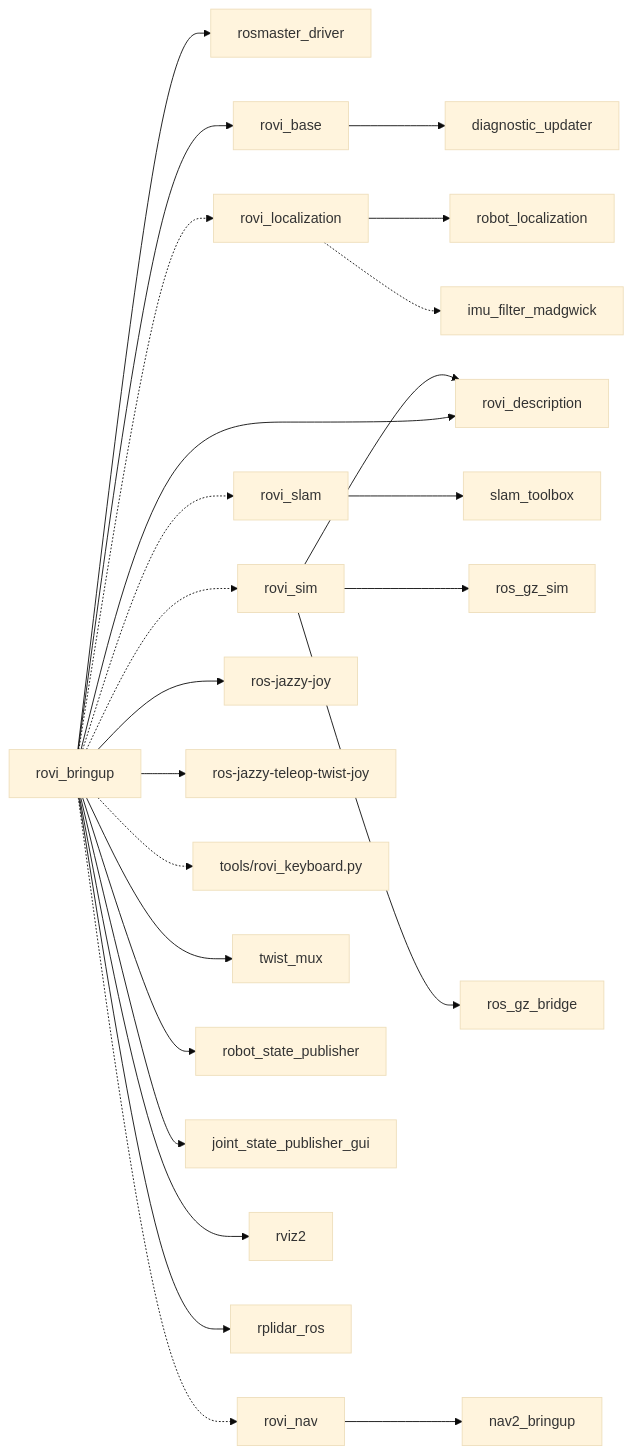
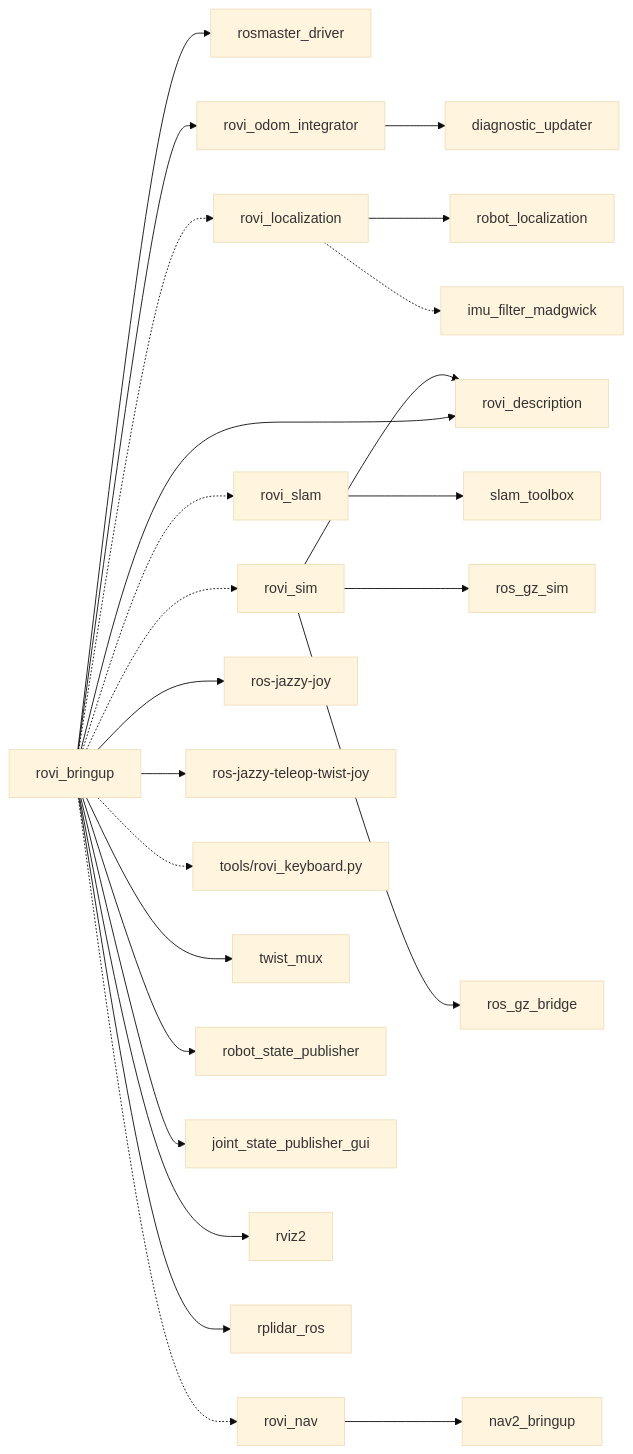
Diagram 12 of 12 in README.md (Roblibs/rovi_ros_ws), drawn with Mermaid (base theme) before and after one commit. The commit also changed other lines of this file and 63 other files, not shown here.

````diff
--- a/README.md
+++ b/README.md
@@ -392,58 +392,58 @@
 ```mermaid
 flowchart LR
     RoviBringup[rovi_bringup]
     RoviDesc[rovi_description]
     Rosmaster[rosmaster_driver]
-    RoviBase[rovi_base]
+    RoviOdom[rovi_odom_integrator]
     RoviLoc[rovi_localization]
     RoviSlam[rovi_slam]
     RoviNav[rovi_nav]
     RoviSim[rovi_sim]
 
   
   Joy[ros-jazzy-joy]
   Teleop[ros-jazzy-teleop-twist-joy]
   TeleopKey[tools/rovi_keyboard.py]
   TwistMux[twist_mux]
   RSP[robot_state_publisher]
   JSPG[joint_state_publisher_gui]
   RVIZ[rviz2]
   Diag[diagnostic_updater]
   RPLidar[rplidar_ros]
   RosGzSim[ros_gz_sim]
   RosGzBridge[ros_gz_bridge]
   
   EKF[robot_localization]
   ImuFilter[imu_filter_madgwick]
   SlamToolbox[slam_toolbox]
 
   Nav2[nav2_bringup]
 
   RoviBringup --> RoviDesc
   RoviBringup --> Rosmaster
-  RoviBringup --> RoviBase
+  RoviBringup --> RoviOdom
   RoviBringup -.-> RoviLoc
   RoviBringup -.-> RoviSlam
   RoviBringup --> Joy
   RoviBringup --> Teleop
   RoviBringup -.-> TeleopKey
   RoviBringup --> TwistMux
   RoviBringup --> RSP
   RoviBringup --> JSPG
   RoviBringup --> RVIZ
   RoviBringup --> RPLidar
   RoviBringup -.-> RoviSim
   RoviBringup -.-> RoviNav
 
   RoviSim --> RosGzSim
   RoviSim --> RosGzBridge
   RoviSim --> RoviDesc
 
-  RoviBase --> Diag
+  RoviOdom --> Diag
 
   RoviLoc --> EKF
   RoviLoc -.-> ImuFilter
   RoviSlam --> SlamToolbox
   RoviNav --> Nav2
 
 ```
````
